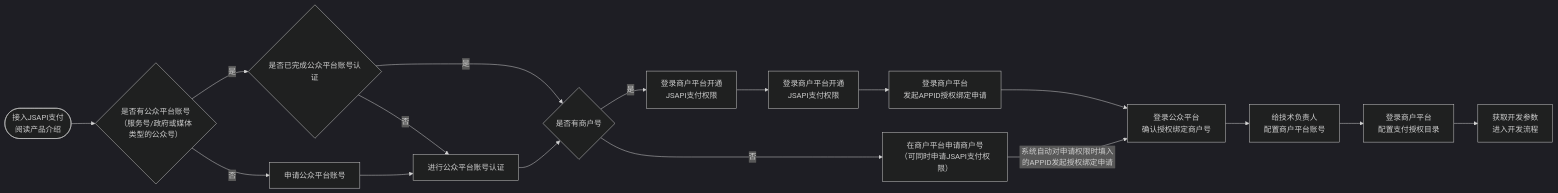
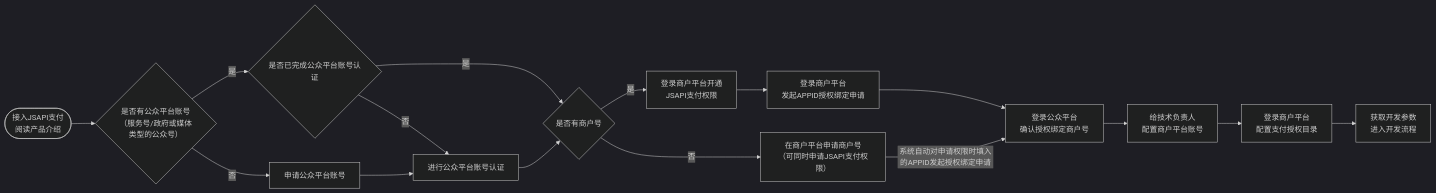
The diagram in docs/merchant/pages/4015423216.md (minibear2021/wechatpay_docs), drawn with Mermaid (dark theme) before and after one commit. The commit also changed other lines of this file and 18 other files, not shown here.

````diff
--- a/docs/merchant/pages/4015423216.md
+++ b/docs/merchant/pages/4015423216.md
@@ -3,46 +3,41 @@
 ```mermaid
 flowchart LR
     C(["接入JSAPI支付
 阅读产品介绍"])
     A{"是否有公众平台账号
 （服务号/政府或媒体
 类型的公众号）"}
     C --> A
     B{"是否已完成公众平台账号认证"}
     A -->|是| B
     D{是否有商户号}
     B -->|是| D
     E[申请公众平台账号]
     A -->|否| E
     F[进行公众平台账号认证]
     E --> F
     B -->|否| F
     F --> D
     G["登录商户平台开通
 JSAPI支付权限"]
     D -->|是| G
     H["在商户平台申请商户号
 （可同时申请JSAPI支付权限）"]
     D -->|否| H
-    A@{ w: 334.3, h: 156.5 }
-    B@{ w: 224, h: 109.9 }
-    I["登录商户平台开通
-JSAPI支付权限"]
-    G --> I
+    G --> J
     J["登录商户平台
 发起APPID授权绑定申请"]
-    I --> J
     K["登录公众平台
 确认授权绑定商户号"]
     J --> K
     H -->|系统自动对申请权限时填入的APPID发起授权绑定申请| K
     L["给技术负责人
 配置商户平台账号"]
     K --> L
     M["登录商户平台
 配置支付授权目录"]
     L --> M
     N["获取开发参数
 进入开发流程"]
     M --> N
 ```
````
